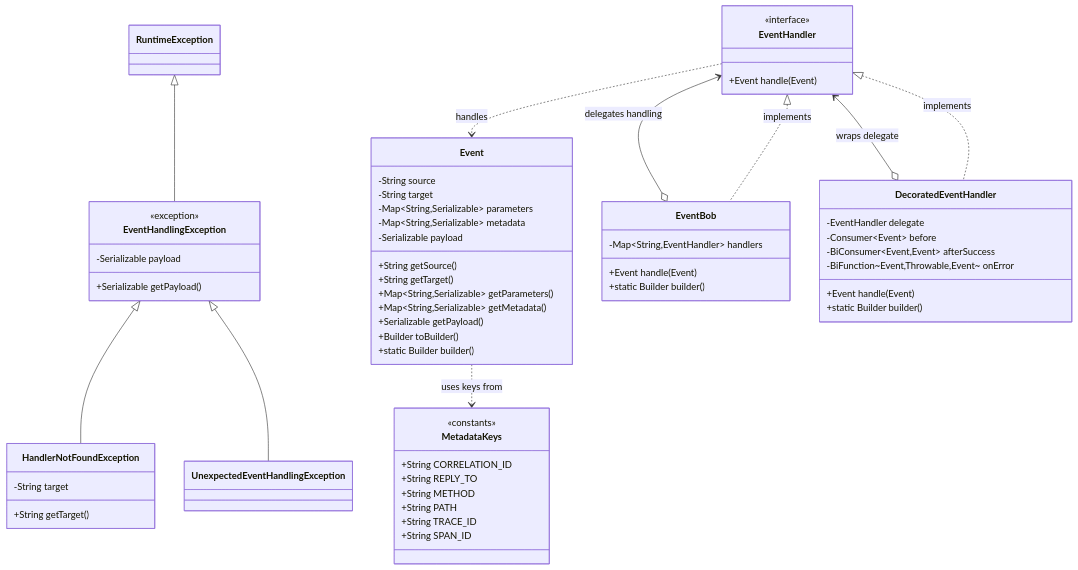
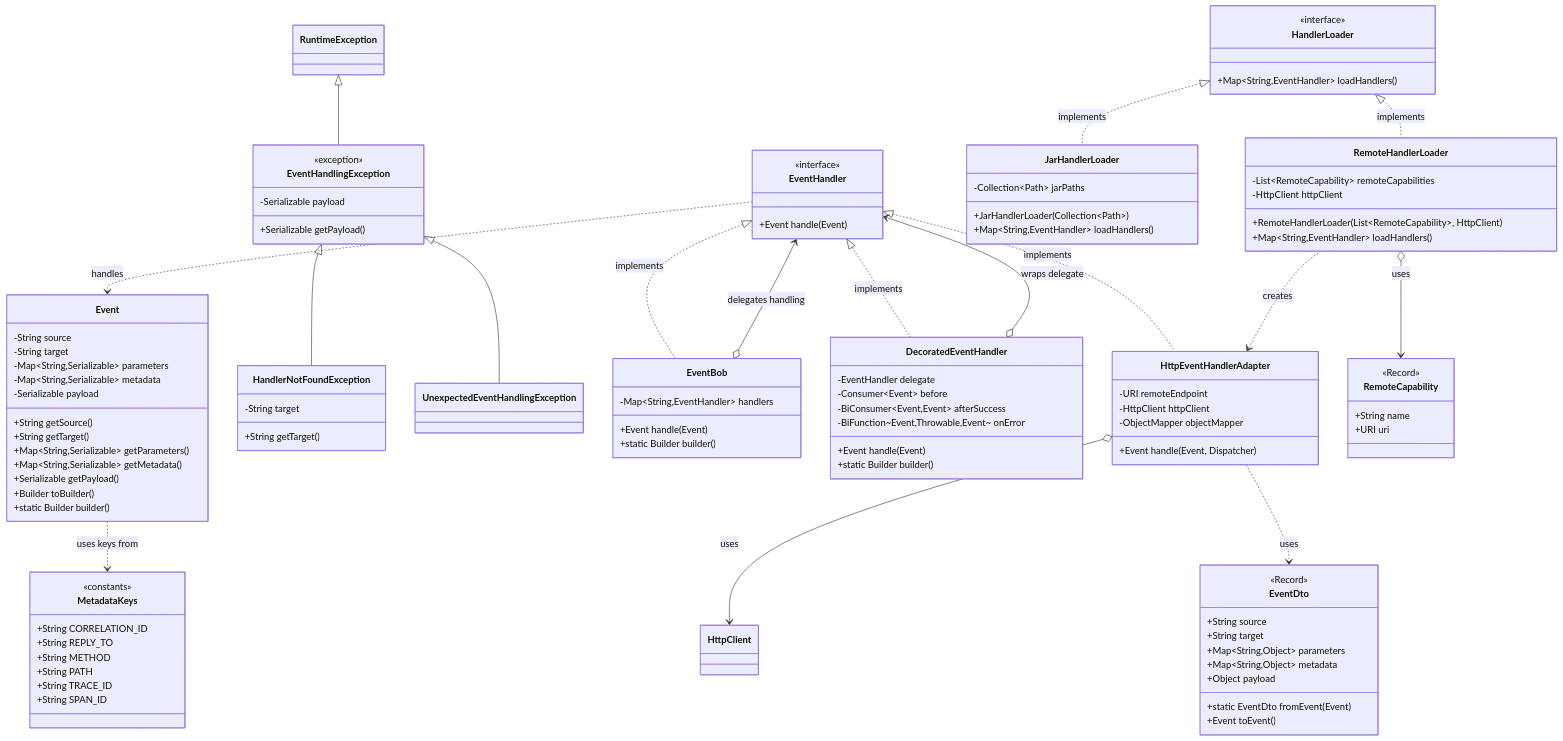
Before and after one commit to dinoo333/EventBob: the diagram in diagrams/EventHandlerClassDiagram.mermaid, drawn with Mermaid. The commit also changed 7 other files, not shown here.

First line of the commit message:
Add comprehensive documentation for HTTP adapter and location transparency (#3)

```diff
--- a/diagrams/EventHandlerClassDiagram.mermaid
+++ b/diagrams/EventHandlerClassDiagram.mermaid
@@ -1,71 +1,121 @@
 classDiagram
     direction TB
 
     class Event {
         -String source
         -String target
         -Map~String,Serializable~ parameters
         -Map~String,Serializable~ metadata
         -Serializable payload
         +String getSource()
         +String getTarget()
         +Map~String,Serializable~ getParameters()
         +Map~String,Serializable~ getMetadata()
         +Serializable getPayload()
         +Builder toBuilder()
         +static Builder builder()
     }
 
     class EventHandler {
         <<interface>>
         +Event handle(Event)
     }
 
     class EventHandlingException {
         <<exception>>
         -Serializable payload
         +Serializable getPayload()
     }
 
     class HandlerNotFoundException {
         -String target
         +String getTarget()
     }
 
     class UnexpectedEventHandlingException {
     }
 
     class EventBob {
         -Map~String,EventHandler~ handlers
         +Event handle(Event)
         +static Builder builder()
     }
 
     class DecoratedEventHandler {
         -EventHandler delegate
         -Consumer~Event~ before
         -BiConsumer~Event,Event~ afterSuccess
         -BiFunction~Event,Throwable,Event~ onError
         +Event handle(Event)
         +static Builder builder()
     }
 
     class MetadataKeys {
         <<constants>>
         +String CORRELATION_ID
         +String REPLY_TO
         +String METHOD
         +String PATH
         +String TRACE_ID
         +String SPAN_ID
     }
 
     EventHandler ..> Event: handles
     RuntimeException <|-- EventHandlingException
     EventHandlingException <|-- HandlerNotFoundException
     EventHandlingException <|-- UnexpectedEventHandlingException
     EventHandler <|.. EventBob: implements
     EventHandler <|.. DecoratedEventHandler: implements
     EventBob o--> EventHandler: delegates handling
     DecoratedEventHandler o--> EventHandler: wraps delegate
     Event ..> MetadataKeys: uses keys from
+
+    class HandlerLoader {
+        <<interface>>
+        +Map~String,EventHandler~ loadHandlers()
+    }
+
+    class JarHandlerLoader {
+        -Collection~Path~ jarPaths
+        +JarHandlerLoader(Collection~Path~)
+        +Map~String,EventHandler~ loadHandlers()
+    }
+
+    class RemoteHandlerLoader {
+        -List~RemoteCapability~ remoteCapabilities
+        -HttpClient httpClient
+        +RemoteHandlerLoader(List~RemoteCapability~, HttpClient)
+        +Map~String,EventHandler~ loadHandlers()
+    }
+
+    class HttpEventHandlerAdapter {
+        -URI remoteEndpoint
+        -HttpClient httpClient
+        -ObjectMapper objectMapper
+        +Event handle(Event, Dispatcher)
+    }
+
+    class EventDto {
+        <<Record>>
+        +String source
+        +String target
+        +Map~String,Object~ parameters
+        +Map~String,Object~ metadata
+        +Object payload
+        +static EventDto fromEvent(Event)
+        +Event toEvent()
+    }
+
+    class RemoteCapability {
+        <<Record>>
+        +String name
+        +URI uri
+    }
+
+    HandlerLoader <|.. JarHandlerLoader: implements
+    HandlerLoader <|.. RemoteHandlerLoader: implements
+    EventHandler <|.. HttpEventHandlerAdapter: implements
+    RemoteHandlerLoader ..> HttpEventHandlerAdapter: creates
+    RemoteHandlerLoader o--> RemoteCapability: uses
+    HttpEventHandlerAdapter ..> EventDto: uses
+    HttpEventHandlerAdapter o--> HttpClient: uses
```
